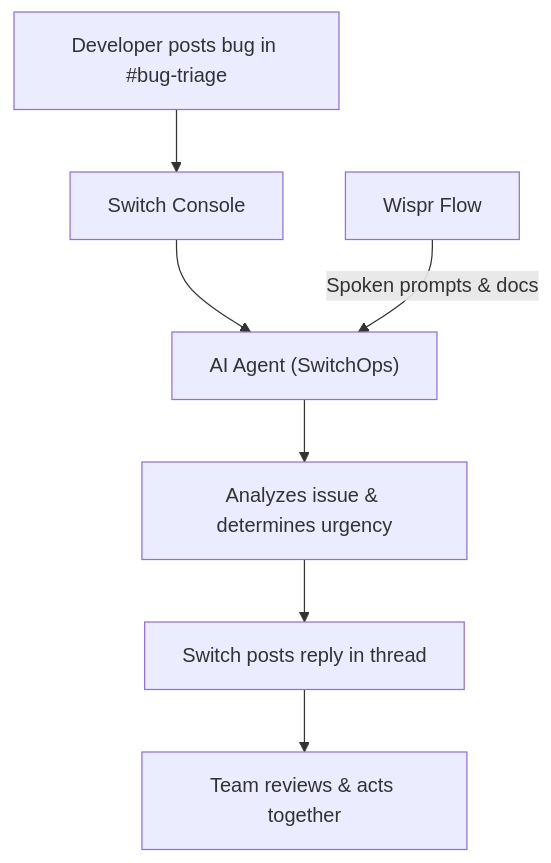
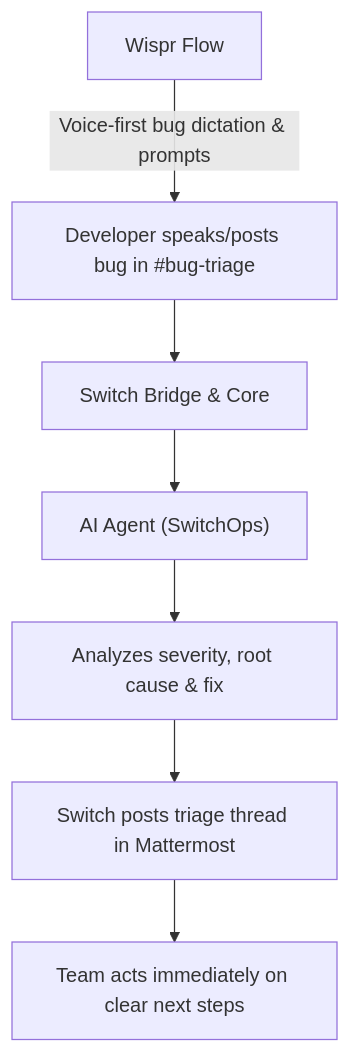
One commit to devprotim/switch-workflow changed the diagram in README.md. Above: the diagram before and after it, drawn with Mermaid. The commit also changed other lines of this file and 11 other files, not shown here.

Commit message:
feat: complete live bug triage loop, add demo screenshots and Wispr Flow proof

````diff
--- a/README.md
+++ b/README.md
@@ -21,10 +21,10 @@
 ```mermaid
 flowchart TD
-    A["Developer posts bug in #bug-triage"] --> B["Switch Console"]
+    A["Developer speaks/posts bug in #bug-triage"] --> B["Switch Bridge & Core"]
     B --> C["AI Agent (SwitchOps)"]
-    C --> D["Analyzes issue & determines urgency"]
-    D --> E["Switch posts reply in thread"]
-    E --> F["Team reviews & acts together"]
+    C --> D["Analyzes severity, root cause & fix"]
+    D --> E["Switch posts triage thread in Mattermost"]
+    E --> F["Team acts immediately on clear next steps"]
 
-    H["Wispr Flow"] -->|"Spoken prompts & docs"| C
+    H["Wispr Flow"] -->|"Voice-first bug dictation & prompts"| A
 ```
````
